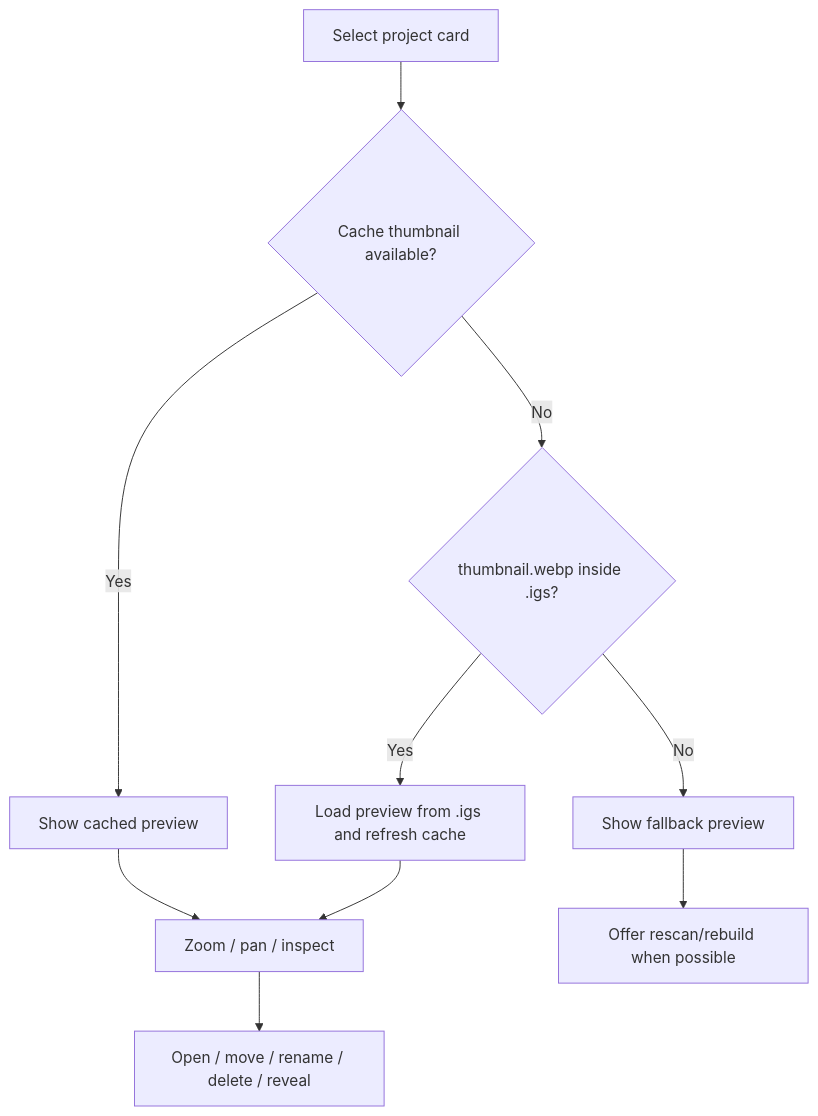
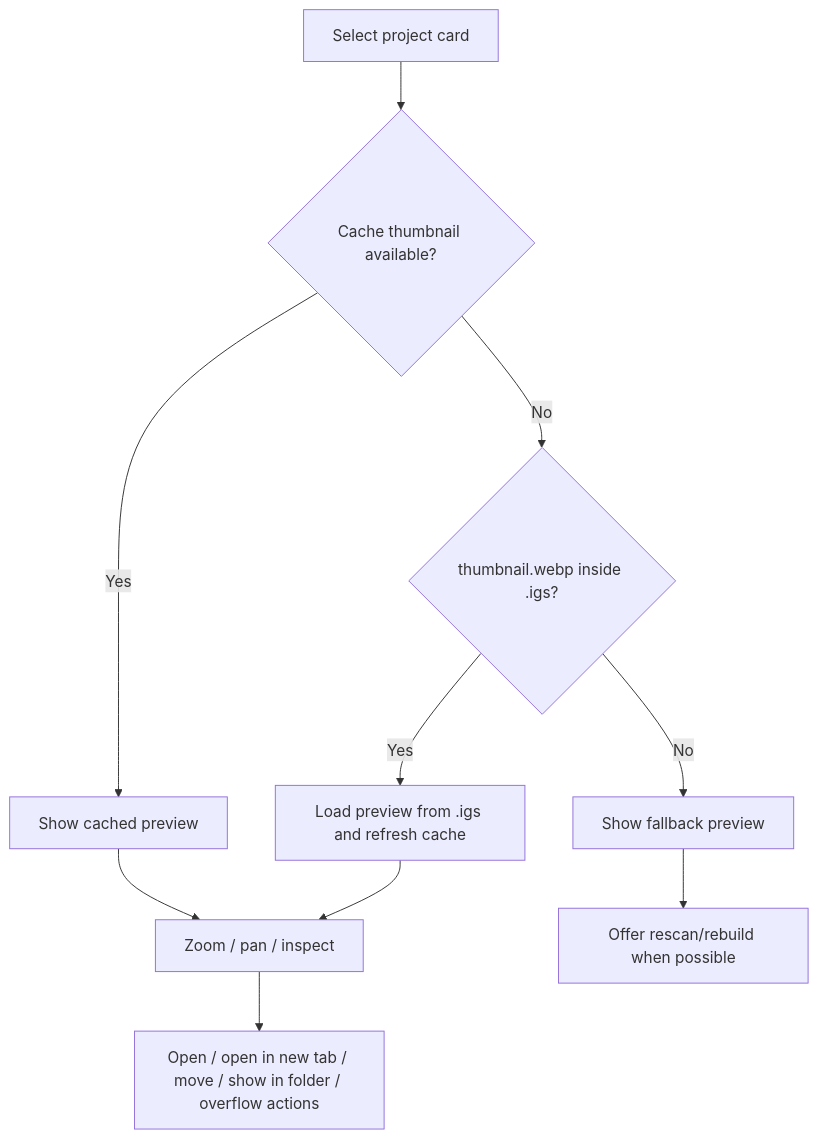
Before and after one commit to BMFreed/imagegen-studio: the fifth of 6 diagrams in docs/features/home-screen.md, drawn with Mermaid. The commit also changed other lines of this file and 5 other files, not shown here.

````diff
--- a/docs/features/home-screen.md
+++ b/docs/features/home-screen.md
@@ -330,12 +344,12 @@
 ```mermaid
 flowchart TD
   A["Select project card"] --> B{"Cache thumbnail available?"}
   B -- "Yes" --> C["Show cached preview"]
   B -- "No" --> D{"thumbnail.webp inside .igs?"}
   D -- "Yes" --> E["Load preview from .igs and refresh cache"]
   D -- "No" --> F["Show fallback preview"]
   C --> G["Zoom / pan / inspect"]
   E --> G
   F --> H["Offer rescan/rebuild when possible"]
-  G --> I["Open / move / rename / delete / reveal"]
+  G --> I["Open / open in new tab / move / show in folder / overflow actions"]
 ```
````
